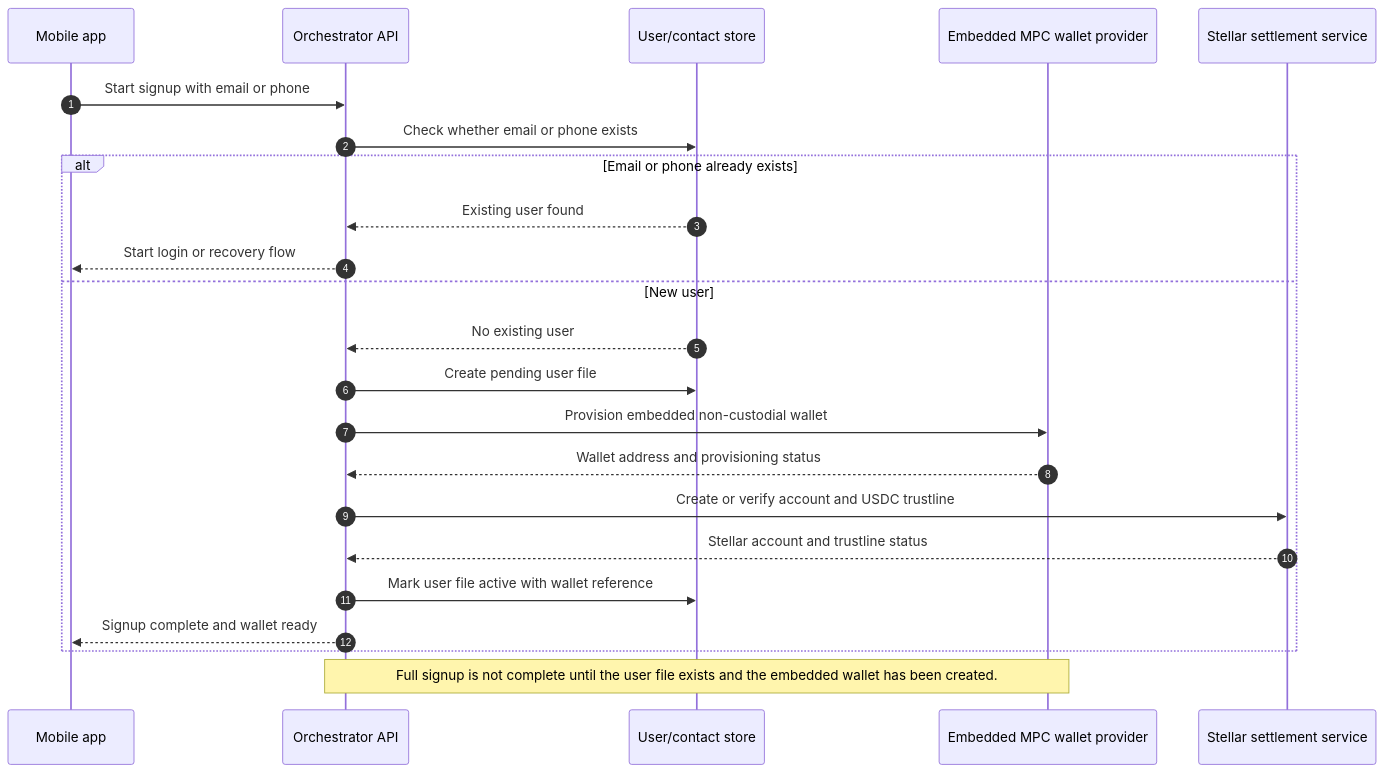
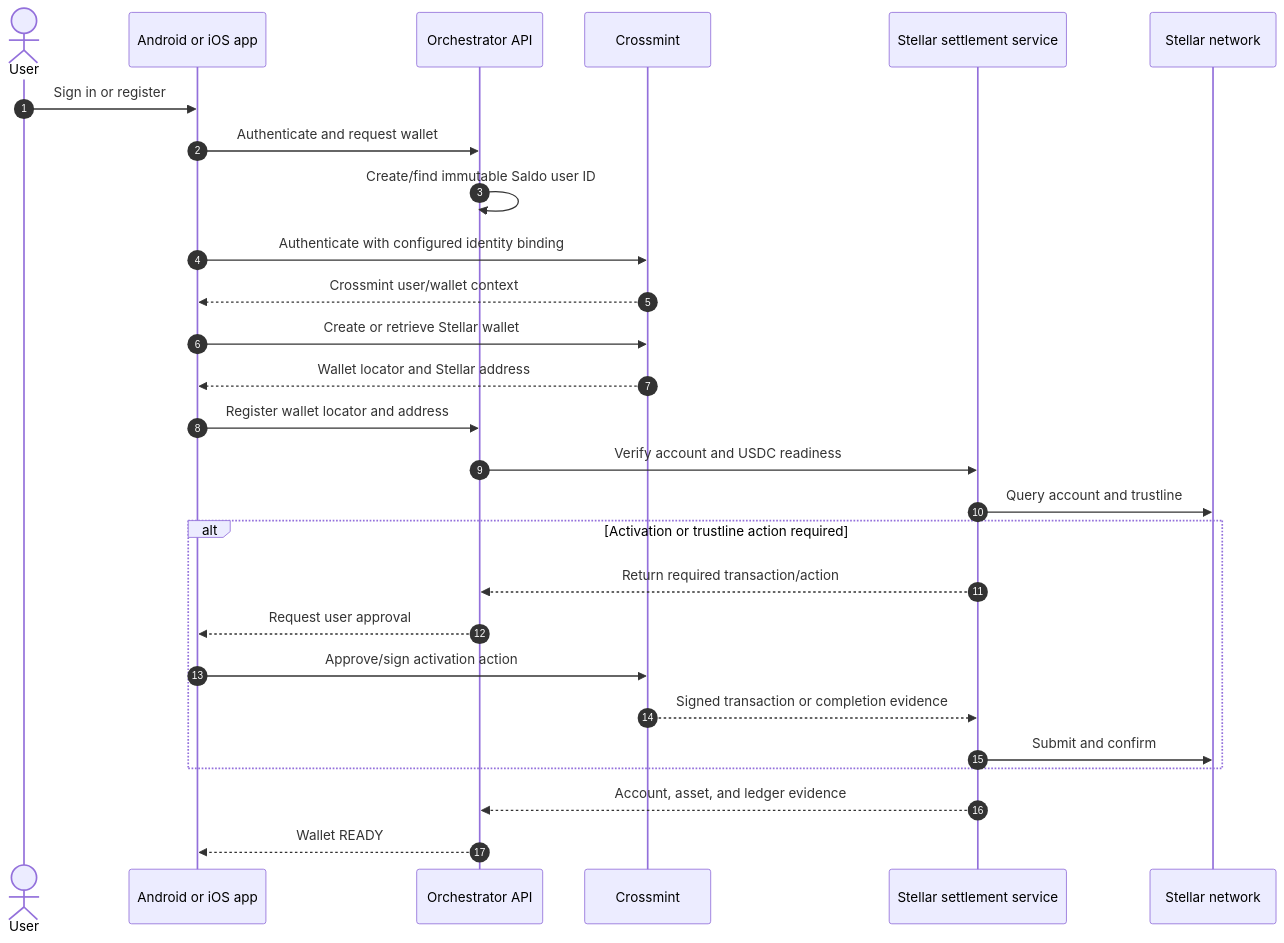
The first of 2 diagrams in docs/flows.md (unfodl/saldo_architecture), drawn with Mermaid before and after one commit. The commit also changed other lines of this file and 16 other files, not shown here.

Commit message:
Update architecture for SCF 46 mobile integration

````diff
--- a/docs/flows.md
+++ b/docs/flows.md
@@ -5,28 +7,30 @@
 ```mermaid
 sequenceDiagram
     autonumber
-    participant Mobile as Mobile app
+    actor User
+    participant Mobile as Android or iOS app
     participant Orchestrator as Orchestrator API
-    participant UserStore as User/contact store
-    participant MPC as Embedded MPC wallet provider
-    participant Stellar as Stellar settlement service
+    participant Crossmint as Crossmint
+    participant StellarSvc as Stellar settlement service
+    participant Stellar as Stellar network
 
-    Mobile->>Orchestrator: Start signup with email or phone
-    Orchestrator->>UserStore: Check whether email or phone exists
-
-    alt Email or phone already exists
-        UserStore-->>Orchestrator: Existing user found
-        Orchestrator-->>Mobile: Start login or recovery flow
-    else New user
-        UserStore-->>Orchestrator: No existing user
-        Orchestrator->>UserStore: Create pending user file
-        Orchestrator->>MPC: Provision embedded non-custodial wallet
-        MPC-->>Orchestrator: Wallet address and provisioning status
-        Orchestrator->>Stellar: Create or verify account and USDC trustline
-        Stellar-->>Orchestrator: Stellar account and trustline status
-        Orchestrator->>UserStore: Mark user file active with wallet reference
-        Orchestrator-->>Mobile: Signup complete and wallet ready
+    User->>Mobile: Sign in or register
+    Mobile->>Orchestrator: Authenticate and request wallet
+    Orchestrator->>Orchestrator: Create/find immutable Saldo user ID
+    Mobile->>Crossmint: Authenticate with configured identity binding
+    Crossmint-->>Mobile: Crossmint user/wallet context
+    Mobile->>Crossmint: Create or retrieve Stellar wallet
+    Crossmint-->>Mobile: Wallet locator and Stellar address
+    Mobile->>Orchestrator: Register wallet locator and address
+    Orchestrator->>StellarSvc: Verify account and USDC readiness
+    StellarSvc->>Stellar: Query account and trustline
+    alt Activation or trustline action required
+        StellarSvc-->>Orchestrator: Return required transaction/action
+        Orchestrator-->>Mobile: Request user approval
+        Mobile->>Crossmint: Approve/sign activation action
+        Crossmint-->>StellarSvc: Signed transaction or completion evidence
+        StellarSvc->>Stellar: Submit and confirm
     end
-
-    Note over Orchestrator,MPC: Full signup is not complete until the user file exists and the embedded wallet has been created.
+    StellarSvc-->>Orchestrator: Account, asset, and ledger evidence
+    Orchestrator-->>Mobile: Wallet READY
 ```
````
